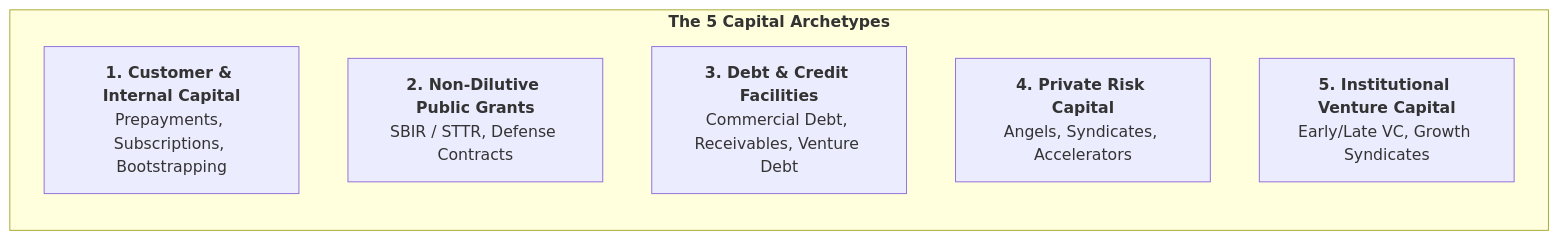
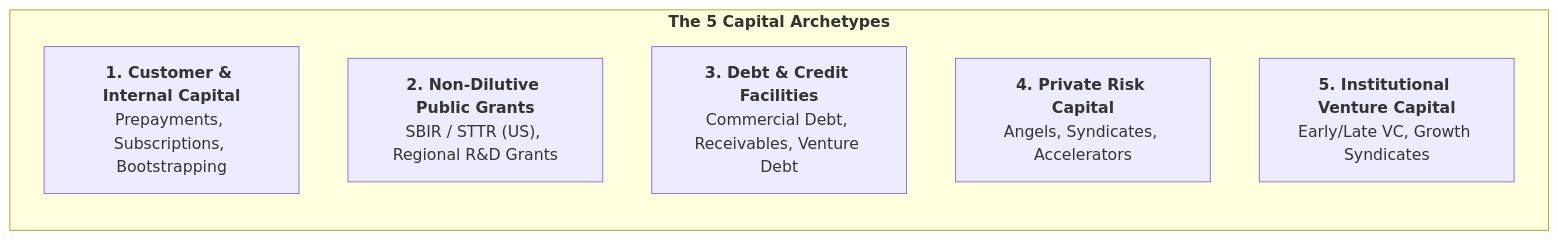
The second of 5 diagrams in structures/funding-taxonomy-and-capital-selection.md (nghuyenthevinh2000/innovation-research), drawn with Mermaid before and after one commit. The commit also changed other lines of this file, not shown here.

````diff
--- a/structures/funding-taxonomy-and-capital-selection.md
+++ b/structures/funding-taxonomy-and-capital-selection.md
@@ -35,11 +37,11 @@
 ```mermaid
 flowchart LR
     subgraph Archetypes["<b>The 5 Capital Archetypes</b>"]
         direction TB
         A1["<b>1. Customer & Internal Capital</b><br/>Prepayments, Subscriptions, Bootstrapping"]
-        A2["<b>2. Non-Dilutive Public Grants</b><br/>SBIR / STTR, Defense Contracts"]
+        A2["<b>2. Non-Dilutive Public Grants</b><br/>SBIR / STTR (US), Regional R&D Grants"]
         A3["<b>3. Debt & Credit Facilities</b><br/>Commercial Debt, Receivables, Venture Debt"]
         A4["<b>4. Private Risk Capital</b><br/>Angels, Syndicates, Accelerators"]
         A5["<b>5. Institutional Venture Capital</b><br/>Early/Late VC, Growth Syndicates"]
     end
 ```
````
